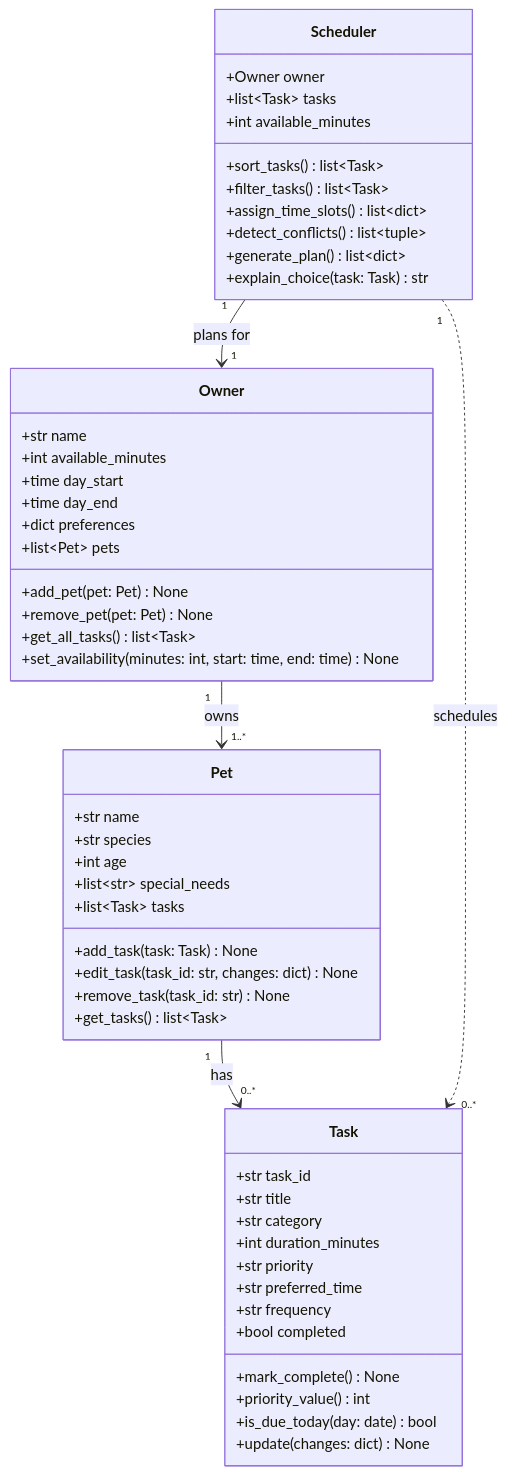
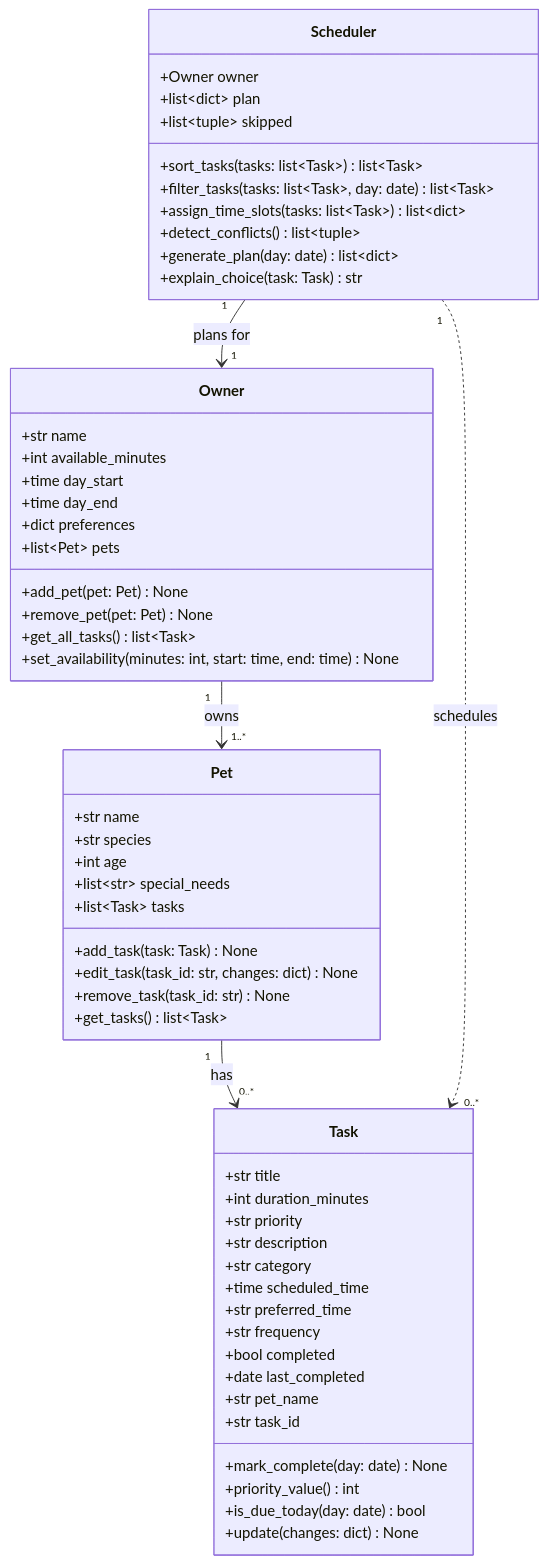
Before and after one commit to gouriddhi/ai110-module2show-pawpal-starter: the diagram in diagrams/uml.mmd, drawn with Mermaid. The commit also changed 6 other files, not shown here.

```diff
--- a/diagrams/uml.mmd
+++ b/diagrams/uml.mmd
@@ -1,59 +1,63 @@
 classDiagram
     %% PawPal+ working UML draft — update in Phase 6 to match the final implementation.
 
     class Owner {
         +str name
         +int available_minutes
         +time day_start
         +time day_end
         +dict preferences
         +list~Pet~ pets
         +add_pet(pet: Pet) None
         +remove_pet(pet: Pet) None
         +get_all_tasks() list~Task~
         +set_availability(minutes: int, start: time, end: time) None
     }
 
     class Pet {
         +str name
         +str species
         +int age
         +list~str~ special_needs
         +list~Task~ tasks
         +add_task(task: Task) None
         +edit_task(task_id: str, changes: dict) None
         +remove_task(task_id: str) None
         +get_tasks() list~Task~
     }
 
     class Task {
-        +str task_id
         +str title
-        +str category
         +int duration_minutes
         +str priority
+        +str description
+        +str category
+        +time scheduled_time
         +str preferred_time
         +str frequency
         +bool completed
-        +mark_complete() None
+        +date last_completed
+        +str pet_name
+        +str task_id
+        +mark_complete(day: date) None
         +priority_value() int
         +is_due_today(day: date) bool
         +update(changes: dict) None
     }
 
     class Scheduler {
         +Owner owner
-        +list~Task~ tasks
-        +int available_minutes
-        +sort_tasks() list~Task~
-        +filter_tasks() list~Task~
-        +assign_time_slots() list~dict~
+        +list~dict~ plan
+        +list~tuple~ skipped
+        +sort_tasks(tasks: list~Task~) list~Task~
+        +filter_tasks(tasks: list~Task~, day: date) list~Task~
+        +assign_time_slots(tasks: list~Task~) list~dict~
         +detect_conflicts() list~tuple~
-        +generate_plan() list~dict~
+        +generate_plan(day: date) list~dict~
         +explain_choice(task: Task) str
     }
 
     Owner "1" --> "1..*" Pet : owns
     Pet "1" --> "0..*" Task : has
     Scheduler "1" --> "1" Owner : plans for
     Scheduler "1" ..> "0..*" Task : schedules
```
